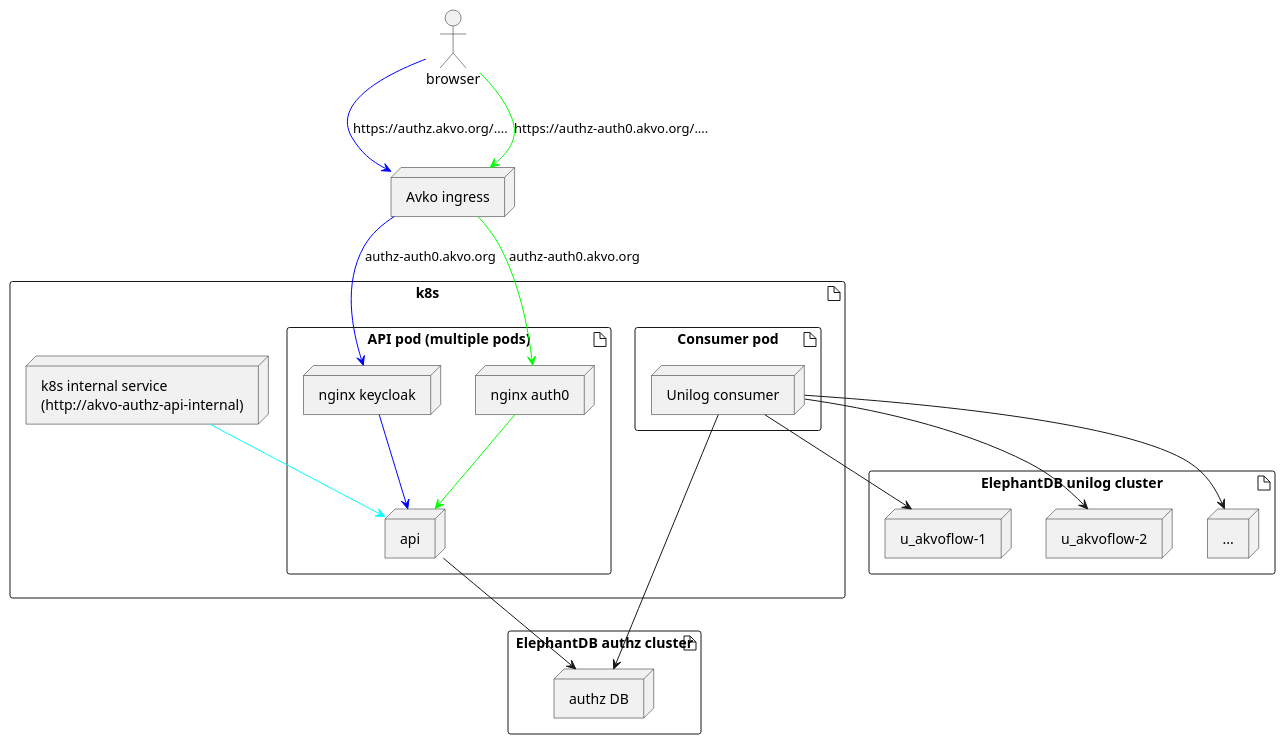
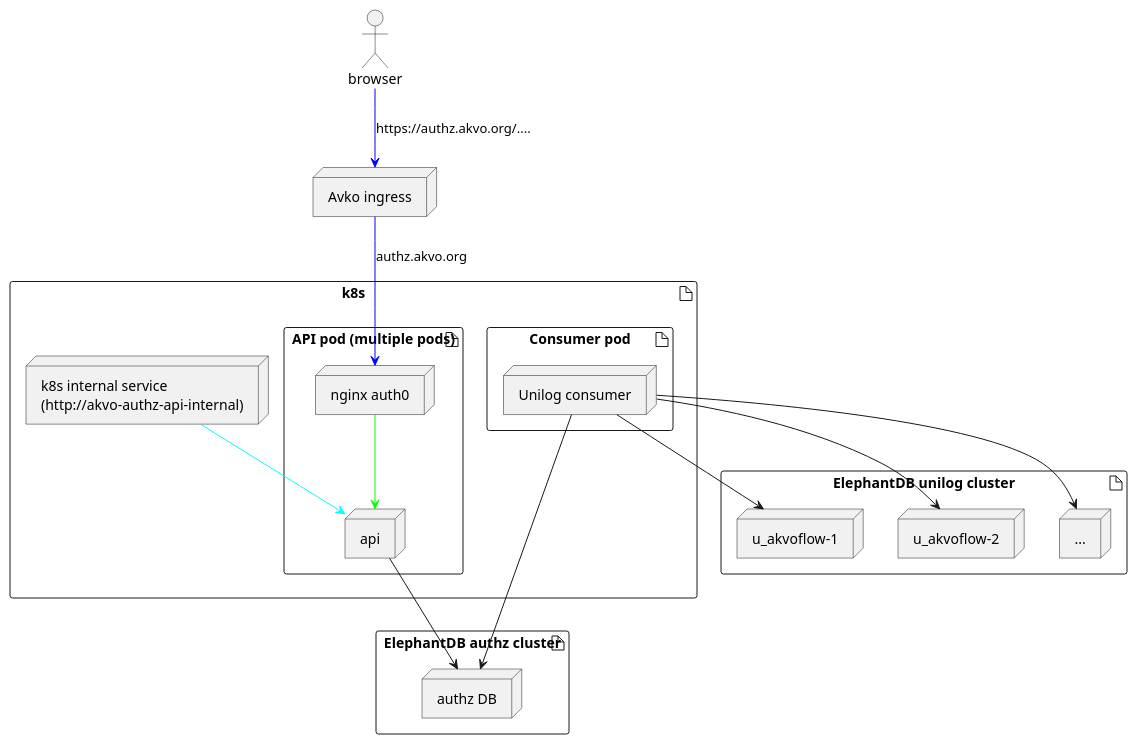
One commit to akvo/akvo-authorization changed the diagram in doc/architecture.puml. Above: the diagram before and after it, drawn with PlantUML. The commit also changed 6 other files, not shown here.

```diff
--- a/doc/architecture.puml
+++ b/doc/architecture.puml
@@ -1,52 +1,47 @@
 @startuml
 
 artifact db as "ElephantDB authz cluster" {
     node authzdb as "authz DB"
 }
 
 artifact db2 as "ElephantDB unilog cluster" {
 
     node unilog1 as "u_akvoflow-1"
     node unilog2 as "u_akvoflow-2"
     node unilog3 as "..."
 }
 
 artifact k8s as "k8s" {
 
     artifact api_pod as "API pod (multiple pods)" {
 
-        node kc as "nginx keycloak"
         node auth0 as "nginx auth0"
 
         node api as "api"
 
         api --> authzdb
 
         auth0 -[#00FF00]-> api
-        kc -[#0000FF]-> api
 
     }
 
     node internal as "k8s internal service
     (http://akvo-authz-api-internal)"
     internal -[#00FFFF]-> api
 
     artifact consumer_pod as "Consumer pod" {
         node consumer as "Unilog consumer"
         consumer --> authzdb
         consumer --> unilog1
         consumer --> unilog2
         consumer --> unilog3
     }
 
 }
 
 actor browser
 node ingress as "Avko ingress"
 browser -[#0000FF]-> ingress : https://authz.akvo.org/....
-browser -[#00FF00]-> ingress : https://authz-auth0.akvo.org/....
-ingress -[#0000FF]-> kc : authz-auth0.akvo.org
-ingress -[#00FF00]-> auth0 : authz-auth0.akvo.org
-
+ingress -[#0000FF]-> auth0 : authz.akvo.org
 
 @enduml
```
